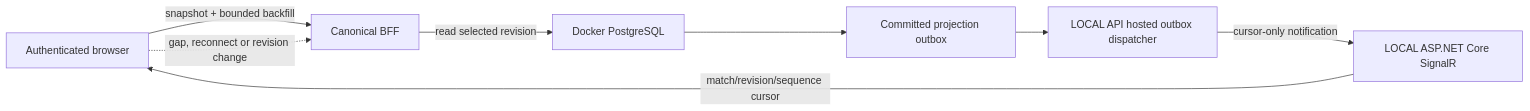
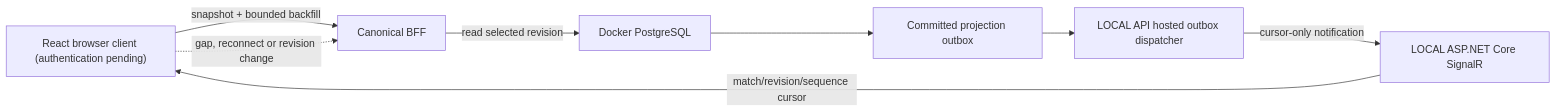
Before and after one commit to prateekgangopadhyay/PitchMind: the second of 3 diagrams in docs/architecture/02-container.md, drawn with Mermaid. The commit also changed 2 other files, not shown here.

Commit message:
fix(EP06-S03): ignore stale historical update cursors

````diff
--- a/docs/architecture/02-container.md
+++ b/docs/architecture/02-container.md
@@ -27,10 +27,10 @@
 ```mermaid
 flowchart LR
-  Browser["Authenticated browser"] -->|snapshot + bounded backfill| BFF["Canonical BFF"]
+  Browser["React browser client (authentication pending)"] -->|snapshot + bounded backfill| BFF["Canonical BFF"]
   BFF -->|read selected revision| PG["Docker PostgreSQL"]
   PG --> Outbox["Committed projection outbox"]
   Dispatch["LOCAL API hosted outbox dispatcher"] -->|cursor-only notification| Hub["LOCAL ASP.NET Core SignalR"]
   Outbox --> Dispatch
   Hub -->|match/revision/sequence cursor| Browser
   Browser -. "gap, reconnect or revision change" .-> BFF
 ```
````
